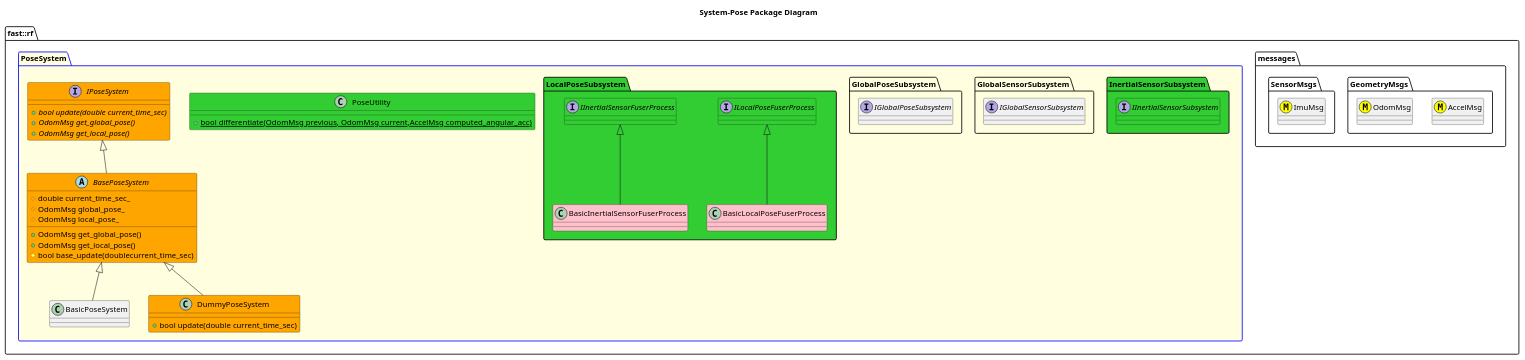
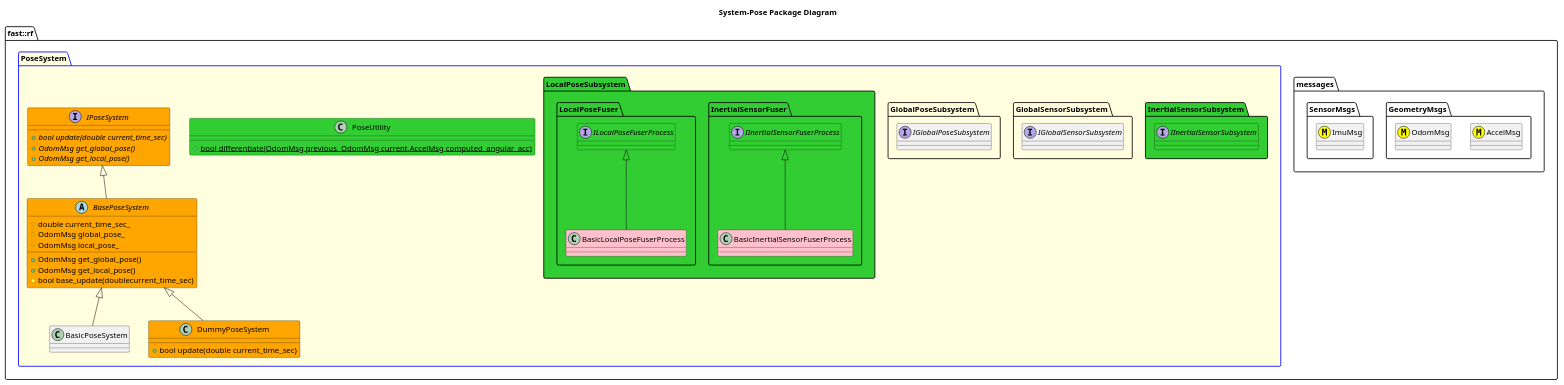
One commit to fastrobotics/robot_framework changed the diagram in Systems/Pose/doc/puml/SystemPosePackageDiagram.puml. Above: the diagram before and after it, drawn with PlantUML. The commit also changed 193 other files, not shown here.

```diff
--- a/Systems/Pose/doc/puml/SystemPosePackageDiagram.puml
+++ b/Systems/Pose/doc/puml/SystemPosePackageDiagram.puml
@@ -1,63 +1,66 @@
 @startuml
 title System-Pose Package Diagram
 
 namespace fast::rf {
   namespace messages {
     namespace GeometryMsgs {
       class AccelMsg <<(M,#FFFF00)>>
       class OdomMsg <<(M,#FFFF00) >>
     }
     namespace SensorMsgs {
       class ImuMsg <<(M,#FFFF00) >>
     }
   }
   package PoseSystem #LightYellow;line:blue {
     namespace InertialSensorSubsystem #LimeGreen {
       interface IInertialSensorSubsystem #LimeGreen
 
     }
     namespace GlobalSensorSubsystem {
       interface IGlobalSensorSubsystem
     }
     namespace GlobalPoseSubsystem {
       interface IGlobalPoseSubsystem
     }
     namespace LocalPoseSubsystem #LimeGreen {
-      interface IInertialSensorFuserProcess #LimeGreen {}
-      class BasicInertialSensorFuserProcess #Pink {}
-      BasicInertialSensorFuserProcess -up-|> IInertialSensorFuserProcess
-
-      interface ILocalPoseFuserProcess #LimeGreen {}
-      class BasicLocalPoseFuserProcess #Pink {}
-      BasicLocalPoseFuserProcess -up-|> ILocalPoseFuserProcess
+      namespace InertialSensorFuser {
+        interface IInertialSensorFuserProcess #LimeGreen {}
+        class BasicInertialSensorFuserProcess #Pink {}
+        BasicInertialSensorFuserProcess -up-|> IInertialSensorFuserProcess
+      }
+      namespace LocalPoseFuser {
+        interface ILocalPoseFuserProcess #LimeGreen {}
+        class BasicLocalPoseFuserProcess #Pink {}
+        BasicLocalPoseFuserProcess -up-|> ILocalPoseFuserProcess
+      }
       
     }
     class PoseUtility #LimeGreen {
       +{static} bool differentiate(OdomMsg previous, OdomMsg current,AccelMsg computed_angular_acc)
     }
 
     interface IPoseSystem #Orange {
       +{abstract} bool update(double current_time_sec)
       +{abstract} OdomMsg get_global_pose()
       +{abstract} OdomMsg get_local_pose()
     }
     abstract BasePoseSystem #Orange {
       +OdomMsg get_global_pose()
       +OdomMsg get_local_pose()
       #bool base_update(doublecurrent_time_sec)
       #double current_time_sec_
       #OdomMsg global_pose_
       #OdomMsg local_pose_
     }
     IPoseSystem <|-- BasePoseSystem
     class BasicPoseSystem {
 
     }
     BasePoseSystem <|-- BasicPoseSystem
     class DummyPoseSystem #Orange {
       +bool update(double current_time_sec)
     }
     BasePoseSystem <|-- DummyPoseSystem
   }
 }
 @enduml
```
